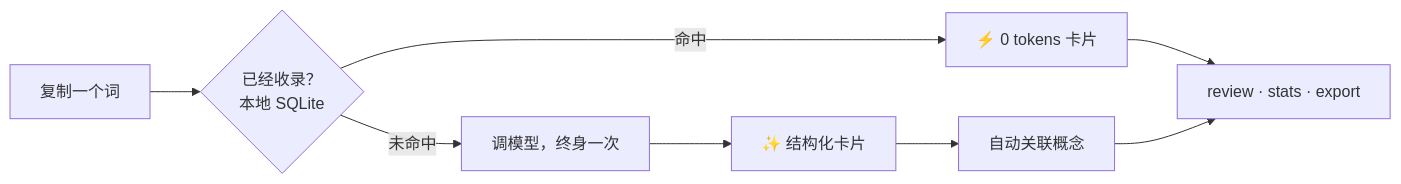
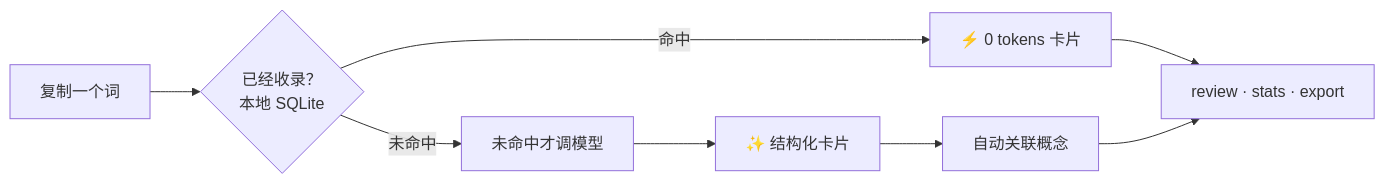
The diagram in README.zh-CN.md (zhengqiuyang/gloss), drawn with Mermaid before and after one commit. The commit also changed other lines of this file and 9 other files, not shown here.

````diff
--- a/README.zh-CN.md
+++ b/README.zh-CN.md
@@ -91,10 +92,10 @@
 ```mermaid
 flowchart LR
     A["复制一个词"] --> B{"已经收录？<br/>本地 SQLite"}
     B -- "命中" --> C["⚡ 0 tokens 卡片"]
-    B -- "未命中" --> D["调模型，终身一次"]
+    B -- "未命中" --> D["未命中才调模型"]
     D --> E["✨ 结构化卡片"]
     E --> F["自动关联概念"]
     C --> G["review · stats · export"]
     F --> G
 ```
````
